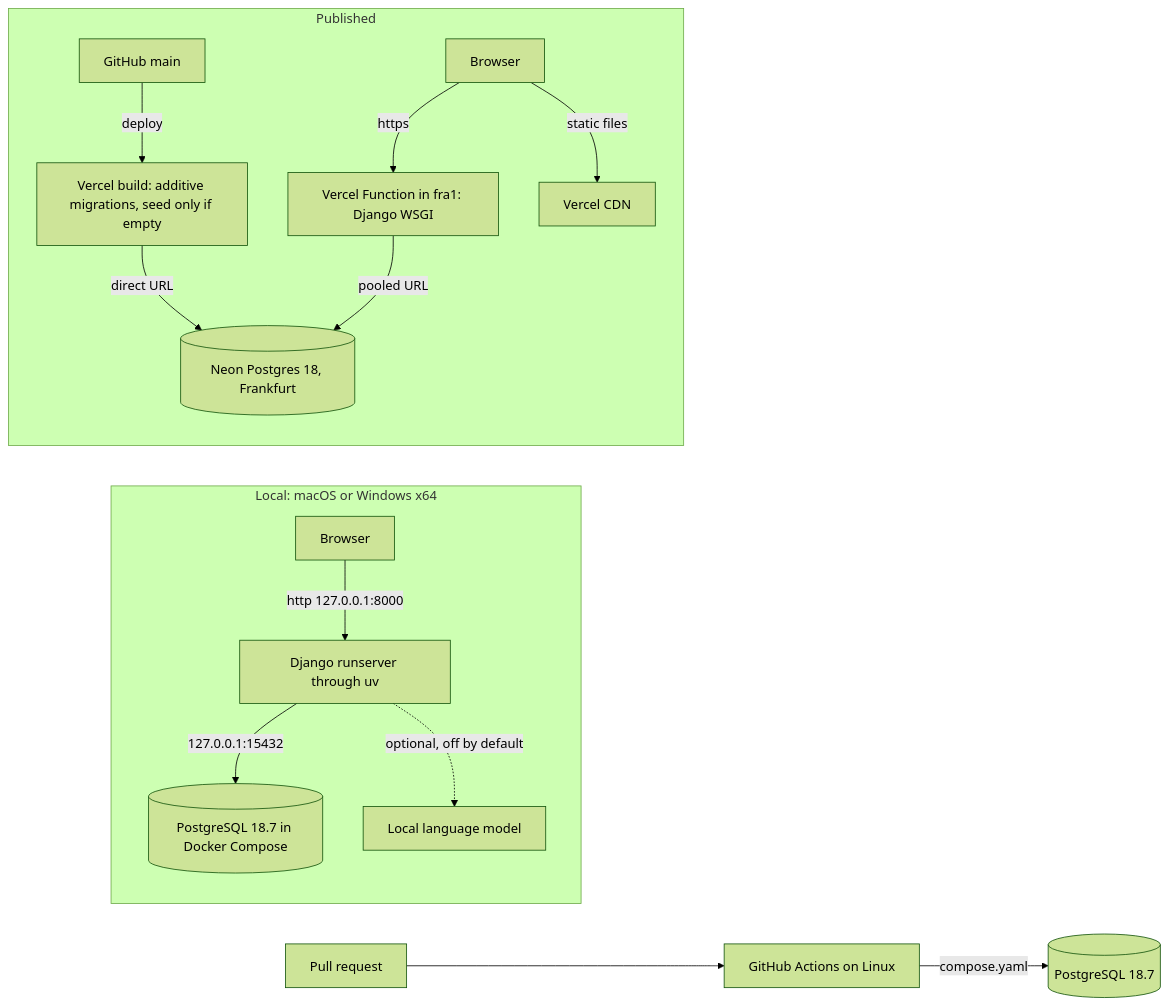
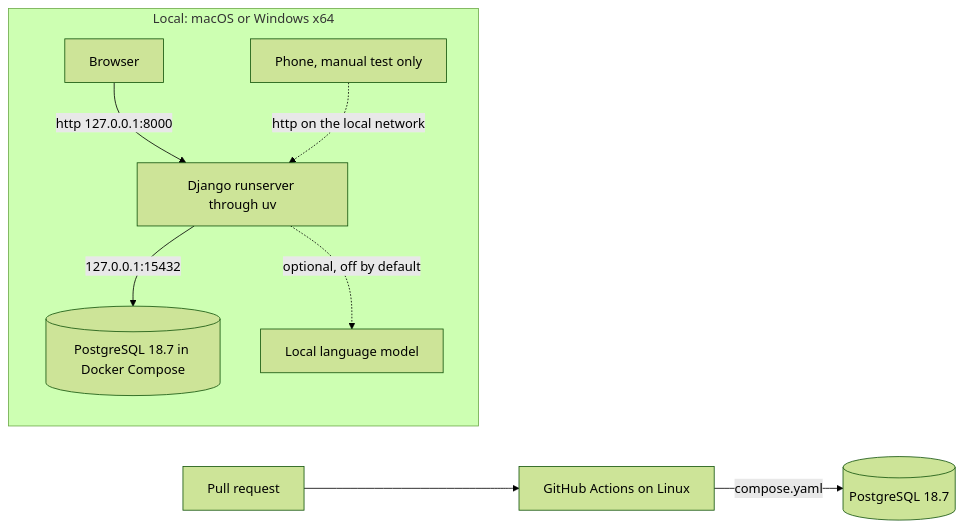
The second of 3 diagrams in _bmad-output/planning-artifacts/architecture/architecture-G40-lyamouri-2026-11-17/ARCHITECTURE-SPINE.md (IBE160-2026/G40-lyamouri), drawn with Mermaid (forest theme) before and after one commit. The commit also changed other lines of this file and 10 other files, not shown here.

````diff
--- a/_bmad-output/planning-artifacts/architecture/architecture-G40-lyamouri-2026-11-17/ARCHITECTURE-SPINE.md
+++ b/_bmad-output/planning-artifacts/architecture/architecture-G40-lyamouri-2026-11-17/ARCHITECTURE-SPINE.md
@@ -265,17 +261,11 @@
 ```mermaid
 flowchart LR
   subgraph Local["Local: macOS or Windows x64"]
     B1[Browser] -->|http 127.0.0.1:8000| R[Django runserver through uv]
     R -->|127.0.0.1:15432| P1[(PostgreSQL 18.7 in Docker Compose)]
     R -.->|optional, off by default| LM[Local language model]
-  end
-  subgraph Published["Published"]
-    G[GitHub main] -->|deploy| VB[Vercel build: additive migrations, seed only if empty]
-    VB -->|direct URL| N[(Neon Postgres 18, Frankfurt)]
-    B2[Browser] -->|https| V[Vercel Function in fra1: Django WSGI]
-    B2 -->|static files| C[Vercel CDN]
-    V -->|pooled URL| N
+    PH[Phone, manual test only] -.->|http on the local network| R
   end
   PR[Pull request] --> CI[GitHub Actions on Linux]
   CI -->|compose.yaml| P2[(PostgreSQL 18.7)]
 ```
````
